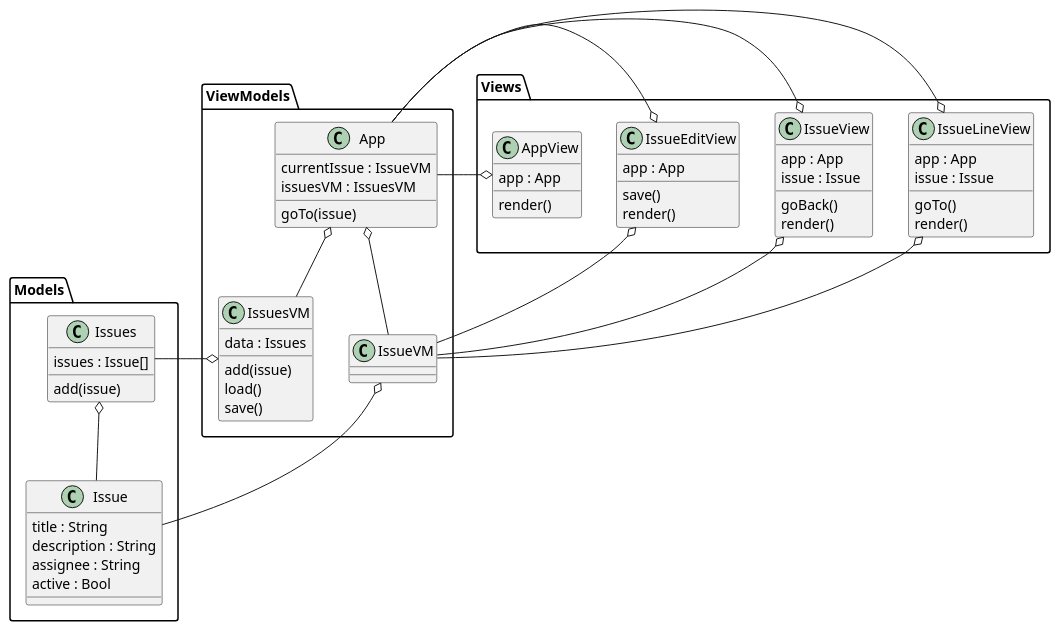
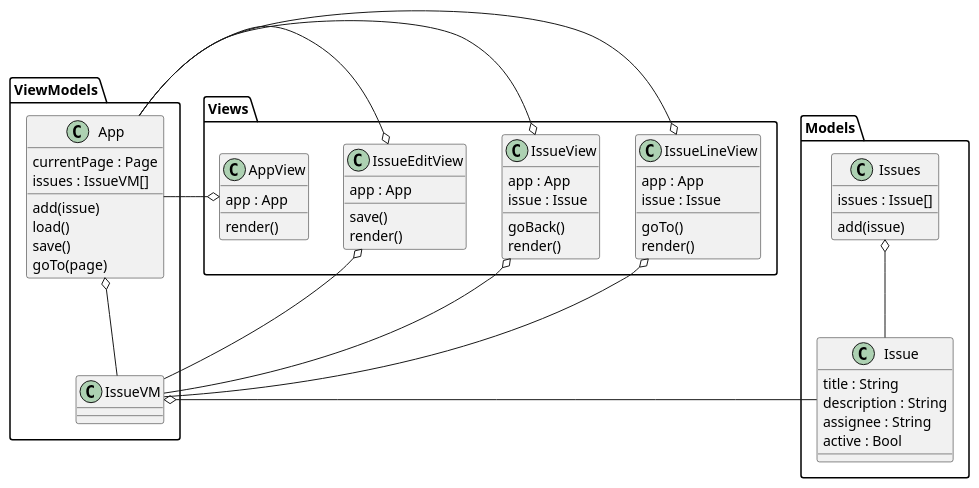
The diagram in state-management/mobx-app-class.puml (gabriel-fallen/wpl21), drawn with PlantUML before and after one commit. The commit also changed 1 other file, not shown here.

Commit message:
Update MobX issuer class diagram.

```diff
--- a/state-management/mobx-app-class.puml
+++ b/state-management/mobx-app-class.puml
@@ -1,89 +1,81 @@
 @startuml
 
 package "Models" {
   class Issue {
     title : String
     description : String
     assignee : String
     active : Bool
   }
 
   class Issues {
     issues : Issue[]
 
     add(issue)
   }
 
   Issues o-- Issue
 }
 
 package "ViewModels" {
   IssueVM o- Issue
 
-  class IssuesVM {
-    data : Issues
+  class App {
+    currentPage : Page
+    issues : IssueVM[]
 
     add(issue)
     load()
     save()
-  }
-
-  IssuesVM o- Issues
-
-  class App {
-    currentIssue : IssueVM
-    issuesVM : IssuesVM
-
-    goTo(issue)
+    goTo(page)
   }
 
   App o-- IssueVM
-  App o-- IssuesVM
 }
 
 package "Views" {
   class IssueLineView {
     app : App
     issue : Issue
 
     goTo()
     render()
   }
 
   IssueLineView o- App
   IssueLineView o- IssueVM
 
   class IssueView {
     app : App
     issue : Issue
 
     goBack()
     render()
   }
 
   IssueView o- App
   IssueView o- IssueVM
 
   class IssueEditView {
     app : App
 
     save()
     render()
   }
 
   IssueEditView o- App
   IssueEditView o- IssueVM
 
   class AppView {
     app : App
 
     render()
   }
 
   AppView o- App
   ' AppView o-- IssueLineView
   ' AppView o-- IssueEditView
   ' AppView o-- IssueView
 }
 
 @enduml
```
